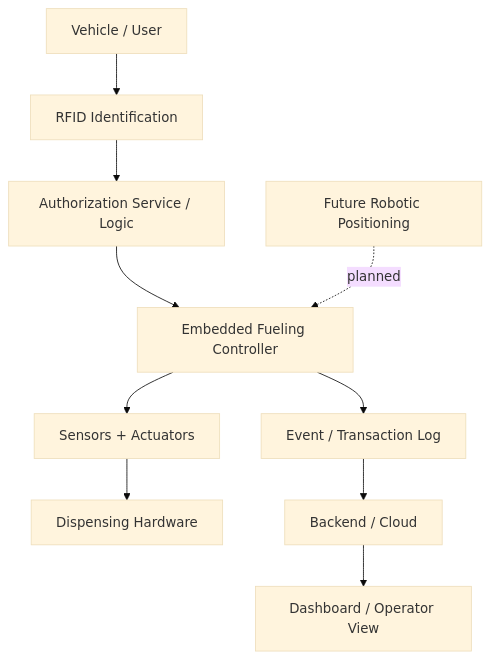
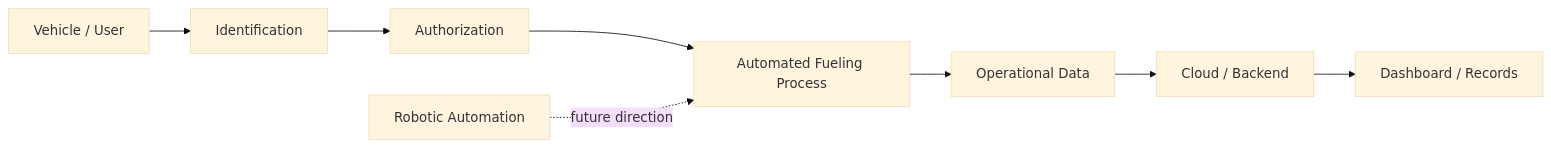
One commit to Elgrandeyury/smart-robotic-fueling-system changed the diagram in docs/system-overview.md. Above: the diagram before and after it, drawn with Mermaid (base theme). The commit also changed other lines of this file, not shown here.

````diff
--- a/docs/system-overview.md
+++ b/docs/system-overview.md
@@ -11,12 +11,11 @@
 ```mermaid
-flowchart TB
-    V[Vehicle / User] --> ID[RFID Identification]
-    ID --> AUTH[Authorization Service / Logic]
-    AUTH --> CTRL[Embedded Fueling Controller]
-    CTRL --> IO[Sensors + Actuators]
-    IO --> DISP[Dispensing Hardware]
-    CTRL --> LOG[Event / Transaction Log]
-    LOG --> API[Backend / Cloud]
-    API --> UI[Dashboard / Operator View]
-    ROBOT[Future Robotic Positioning] -. planned .-> CTRL
+flowchart LR
+    A[Vehicle / User] --> B[Identification]
+    B --> C[Authorization]
+    C --> D[Automated Fueling Process]
+    D --> E[Operational Data]
+    E --> F[Cloud / Backend]
+    F --> G[Dashboard / Records]
+
+    H[Robotic Automation] -.future direction.-> D
 ```
````
